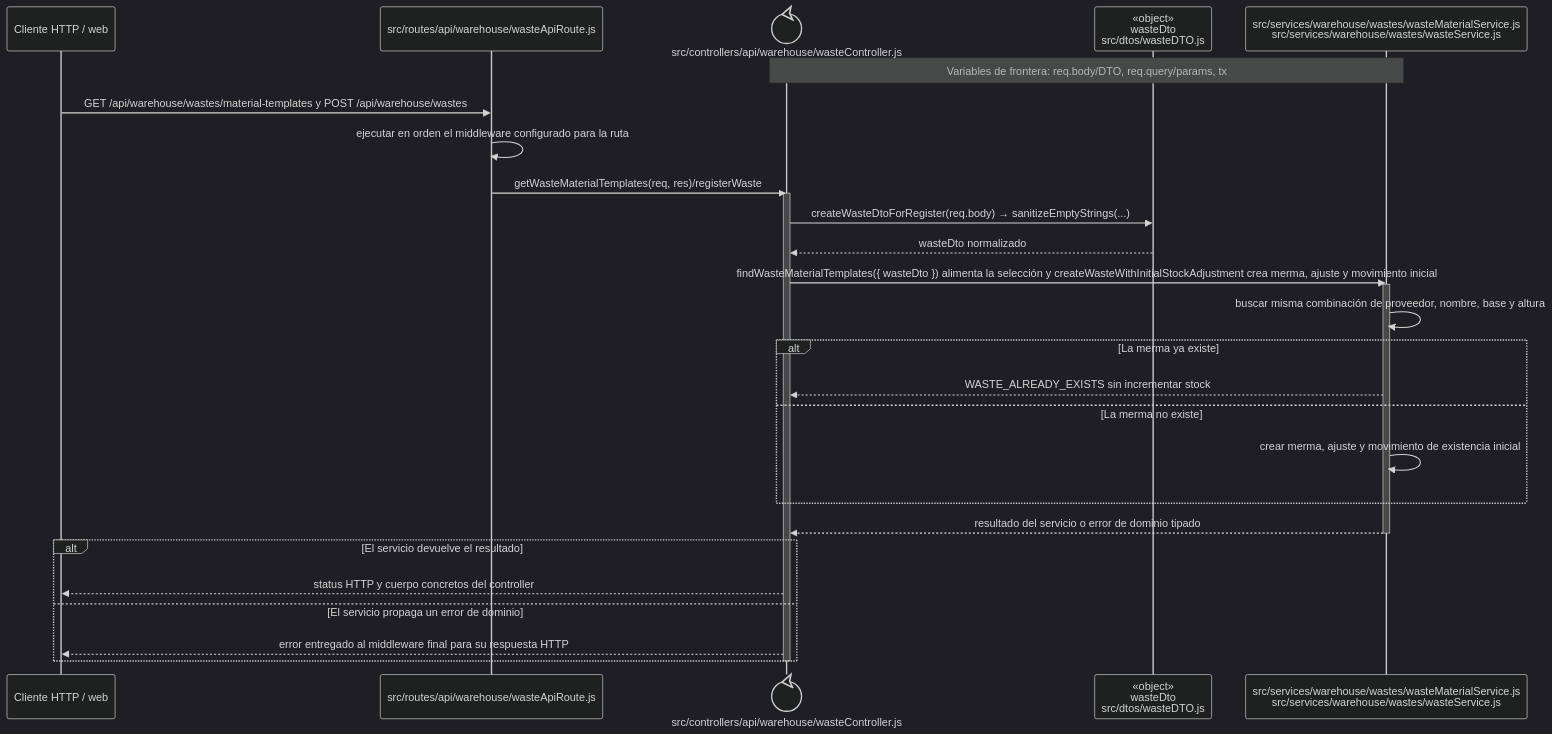
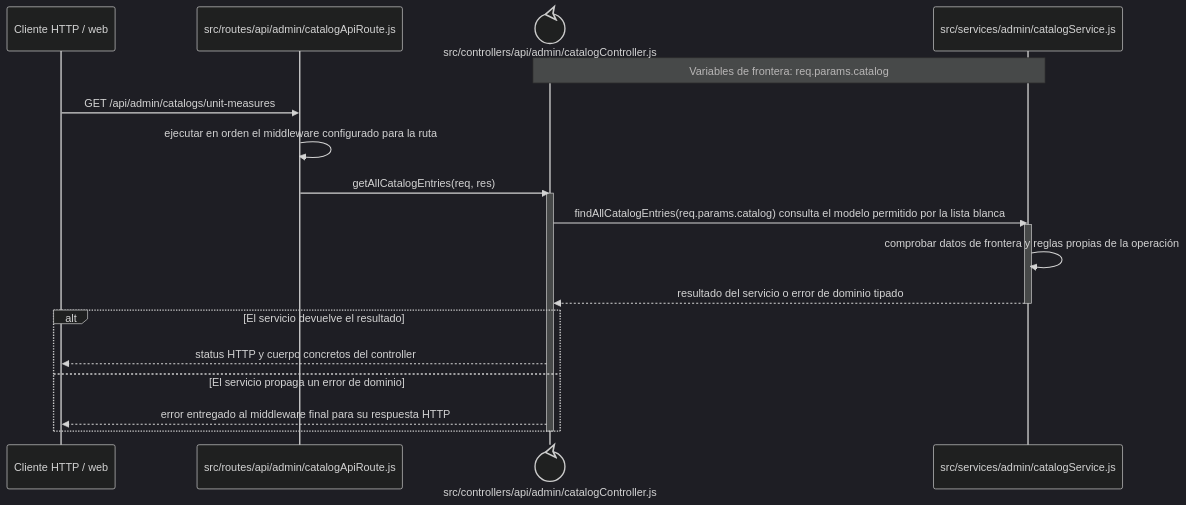
One commit to gpgsistemas01/nexus changed the diagram in docs/architecture/backend-code-sequences/catalogs/cu-cat-19.md. Above: the diagram before and after it, drawn with Mermaid (dark theme). The commit also changed other lines of this file and 287 other files, not shown here.

````diff
--- a/docs/architecture/backend-code-sequences/catalogs/cu-cat-19.md
+++ b/docs/architecture/backend-code-sequences/catalogs/cu-cat-19.md
@@ -6,32 +6,24 @@
 ```mermaid
 sequenceDiagram
     participant Client as Cliente HTTP / web
-    participant Route as src/routes/api/warehouse/wasteApiRoute.js
-    participant Controller@{ "type": "control" } as src/controllers/api/warehouse/wasteController.js
-    participant WasteDto as «object»<br/>wasteDto<br/>src/dtos/wasteDTO.js
-    participant Domain as src/services/warehouse/wastes/wasteMaterialService.js<br/>src/services/warehouse/wastes/wasteService.js
-    Note over Controller,Domain: Variables de frontera: req.body/DTO, req.query/params, tx
+    participant Route as src/routes/api/admin/catalogApiRoute.js
+    participant Controller@{ "type": "control" } as src/controllers/api/admin/catalogController.js
+    participant Domain as src/services/admin/catalogService.js
+    Note over Controller,Domain: Variables de frontera: req.params.catalog
 
-    Client->>Route: GET /api/warehouse/wastes/material-templates y POST /api/warehouse/wastes
+    Client->>Route: GET /api/admin/catalogs/unit-measures
     Route->>Route: ejecutar en orden el middleware configurado para la ruta
-    Route->>Controller: getWasteMaterialTemplates(req, res)/registerWaste
+    Route->>Controller: getAllCatalogEntries(req, res)
     activate Controller
-    Controller->>WasteDto: createWasteDtoForRegister(req.body) → sanitizeEmptyStrings(...)
-    WasteDto-->>Controller: wasteDto normalizado
-    Controller->>Domain: findWasteMaterialTemplates({ wasteDto }) alimenta la selección y createWasteWithInitialStockAdjustment crea merma, ajuste y movimiento inicial
+    Controller->>Domain: findAllCatalogEntries(req.params.catalog) consulta el modelo permitido por la lista blanca
     activate Domain
-    Domain->>Domain: buscar misma combinación de proveedor, nombre, base y altura
-    alt La merma ya existe
-        Domain-->>Controller: WASTE_ALREADY_EXISTS sin incrementar stock
-    else La merma no existe
-        Domain->>Domain: crear merma, ajuste y movimiento de existencia inicial
-    end
+    Domain->>Domain: comprobar datos de frontera y reglas propias de la operación
     Domain-->>Controller: resultado del servicio o error de dominio tipado
     deactivate Domain
     alt El servicio devuelve el resultado
         Controller-->>Client: status HTTP y cuerpo concretos del controller
     else El servicio propaga un error de dominio
         Controller-->>Client: error entregado al middleware final para su respuesta HTTP
     end
     deactivate Controller
 ```
````
